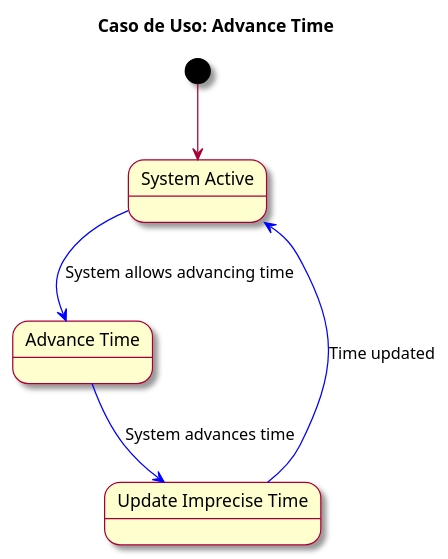
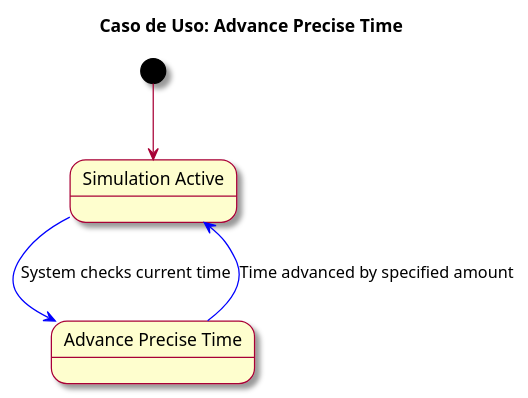
Before and after one commit to mmasias/23-24-IdSw2-SDD: the diagram in docs/casosDeUso/detalleDeCasosDeUso/advanceTime.puml, drawn with PlantUML.

Commit message:
[fix] advanceTime.puml

```diff
--- a/docs/casosDeUso/detalleDeCasosDeUso/advanceTime.puml
+++ b/docs/casosDeUso/detalleDeCasosDeUso/advanceTime.puml
@@ -1,14 +1,12 @@
 @startuml
 skin rose
-title Caso de Uso: Advance Time
+title Caso de Uso: Advance Precise Time
 
-state SYSTEM_ACTIVE as "System Active"
-state AdvanceTime as "Advance Time"
-state UpdateImpreciseTime as "Update Imprecise Time"
+state SIMULATION_ACTIVE as "Simulation Active"
+state AdvanceTime as "Advance Precise Time"
 
-[*] --> SYSTEM_ACTIVE
-SYSTEM_ACTIVE -[#blue]-> AdvanceTime : System allows advancing time
-AdvanceTime -[#blue]-> UpdateImpreciseTime : System advances time
-UpdateImpreciseTime -[#blue]-> SYSTEM_ACTIVE : Time updated
+[*] --> SIMULATION_ACTIVE
+SIMULATION_ACTIVE -[#blue]-> AdvanceTime : System checks current time
+AdvanceTime -[#blue]-> SIMULATION_ACTIVE : Time advanced by specified amount
 
 @enduml
```
